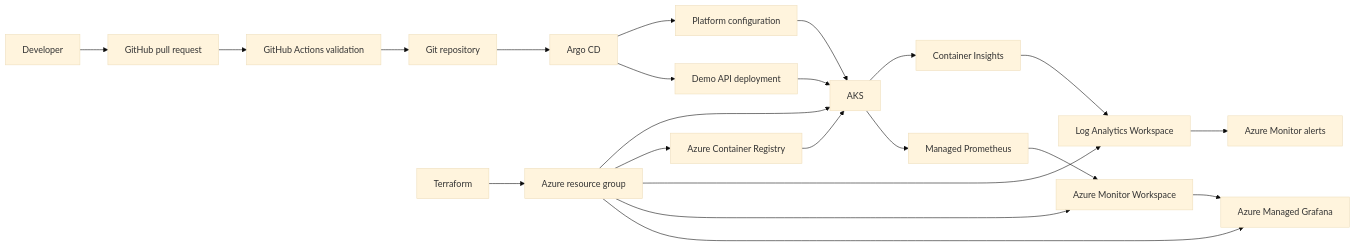
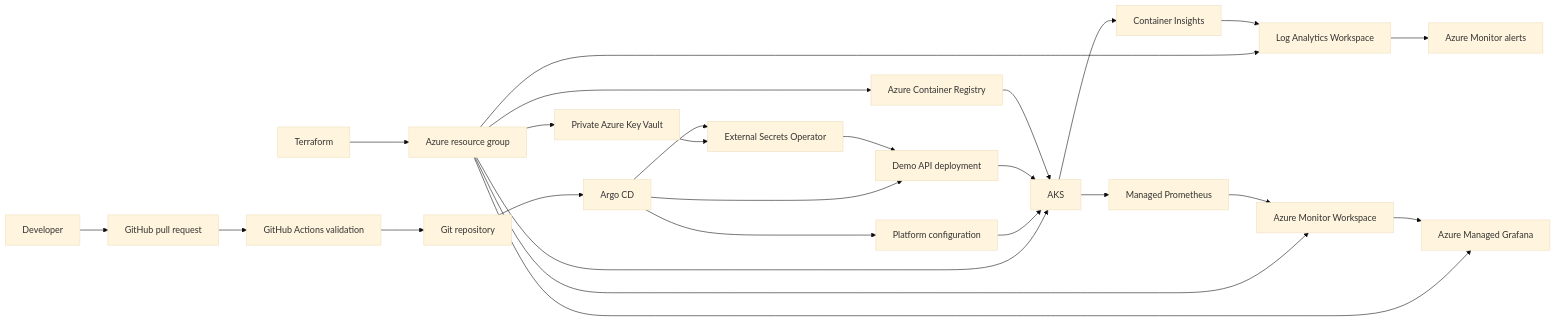
The diagram in README.md (tukue/azure-platform-gitops), drawn with Mermaid (base theme) before and after one commit. The commit also changed other lines of this file and 28 other files, not shown here.

````diff
--- a/README.md
+++ b/README.md
@@ -18,27 +19,31 @@
 ```mermaid
 flowchart LR
     DEV[Developer] --> PR[GitHub pull request]
     PR --> CI[GitHub Actions validation]
     CI --> GIT[Git repository]
 
     TF[Terraform] --> AZ[Azure resource group]
     AZ --> AKS[AKS]
     AZ --> ACR[Azure Container Registry]
     AZ --> LAW[Log Analytics Workspace]
     AZ --> AMW[Azure Monitor Workspace]
     AZ --> AMG[Azure Managed Grafana]
+    AZ --> KV[Private Azure Key Vault]
 
     GIT --> ARGO[Argo CD]
     ARGO --> PLATFORM[Platform configuration]
     ARGO --> APP[Demo API deployment]
     PLATFORM --> AKS
     APP --> AKS
     ACR --> AKS
+    KV --> ESO[External Secrets Operator]
+    ARGO --> ESO
+    ESO --> APP
 
     AKS --> CI_LOGS[Container Insights]
     CI_LOGS --> LAW
     AKS --> PROM[Managed Prometheus]
     PROM --> AMW
     AMW --> AMG
     LAW --> ALERTS[Azure Monitor alerts]
 ```
````
